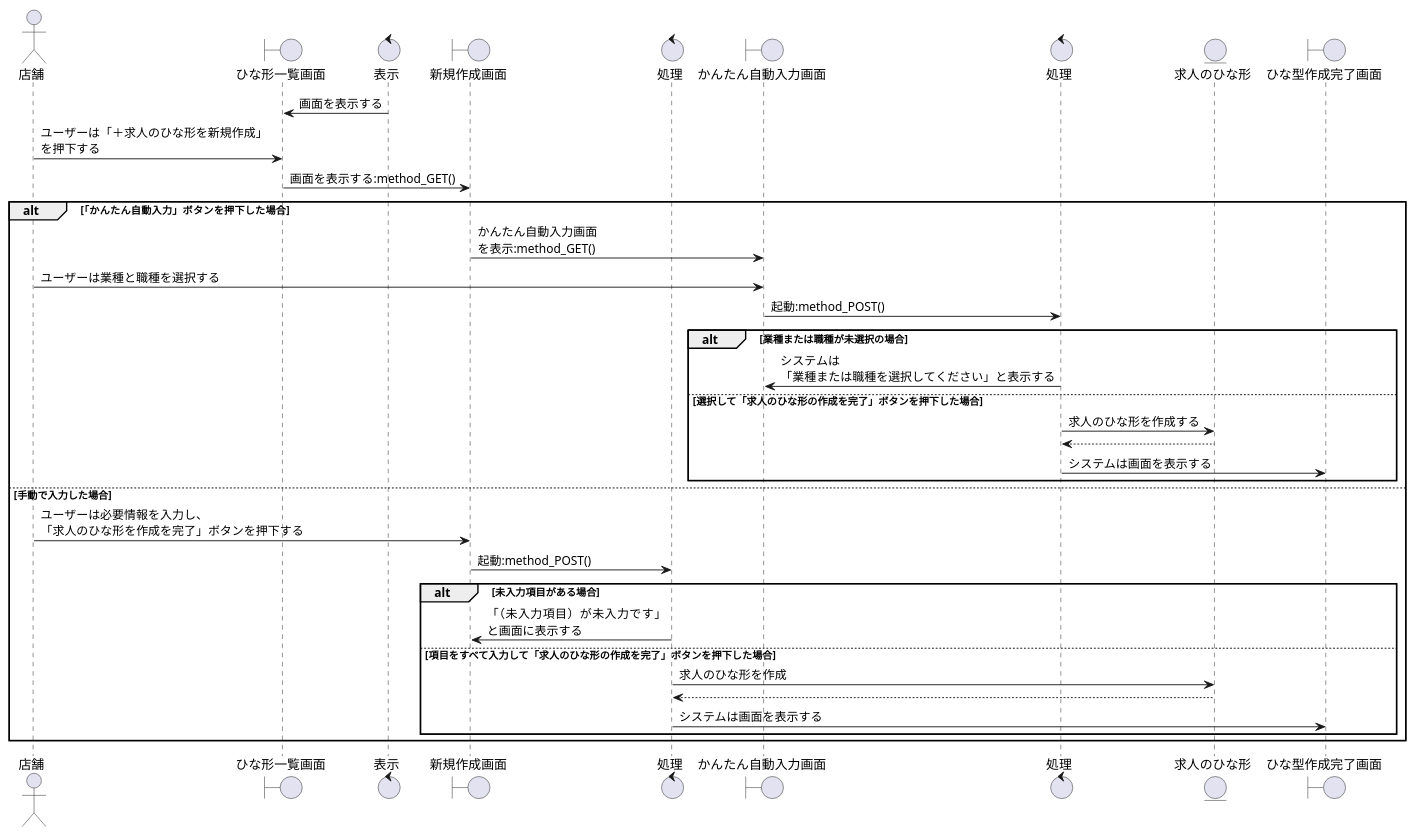
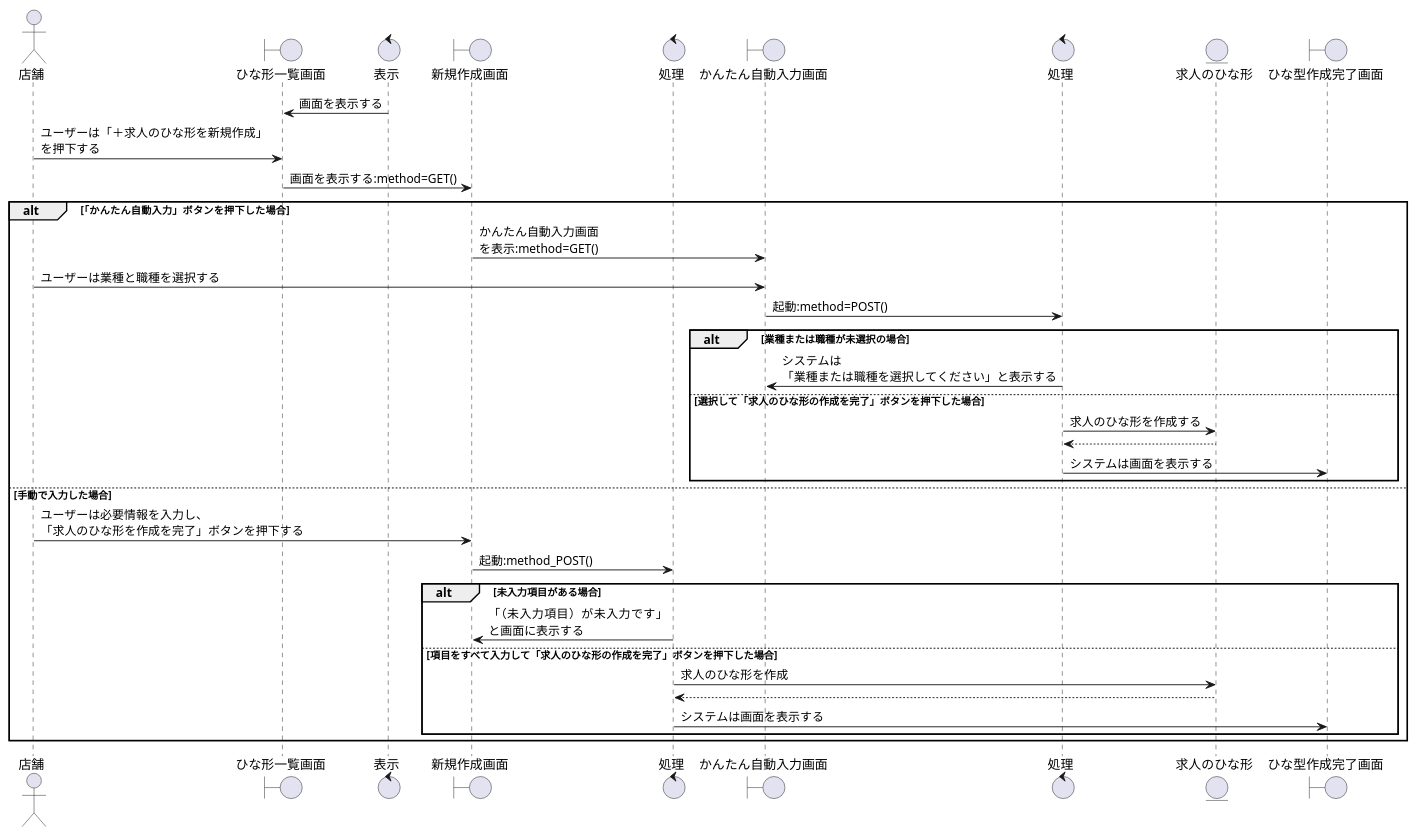
Before and after one commit to irukacb256/high_Me: the diagram in sequence_fig/8_storeside_fn/02_求人のひな形を作成する.pu, drawn with PlantUML. The commit also changed 13 other files, not shown here.

```diff
--- a/sequence_fig/8_storeside_fn/02_求人のひな形を作成する.pu
+++ b/sequence_fig/8_storeside_fn/02_求人のひな形を作成する.pu
@@ -1,51 +1,51 @@
 @startuml 求人のひな形を作成する
 
 actor 店舗 as cp1
 boundary ひな形一覧画面 as b1
 control 表示 as co1
 boundary 新規作成画面 as b2
 control 処理 as co2
 boundary かんたん自動入力画面 as b3
 control 処理 as co3
 
 entity 求人のひな形 as en1
 boundary ひな型作成完了画面 as b4
 
 b1 <- co1 : 画面を表示する
 cp1 -> b1 :ユーザーは「＋求人のひな形を新規作成」\nを押下する
-b1 -> b2 : 画面を表示する:method_GET()
+b1 -> b2 : 画面を表示する:method=GET()
 
 alt 「かんたん自動入力」ボタンを押下した場合
-    b2 -> b3 : かんたん自動入力画面\nを表示:method_GET()
+    b2 -> b3 : かんたん自動入力画面\nを表示:method=GET()
     cp1 -> b3 : ユーザーは業種と職種を選択する
-    b3 -> co3 : 起動:method_POST()
+    b3 -> co3 : 起動:method=POST()
 
     alt 業種または職種が未選択の場合
         co3 -> b3 : システムは\n「業種または職種を選択してください」と表示する
 
     else 選択して「求人のひな形の作成を完了」ボタンを押下した場合
         co3 -> en1 : 求人のひな形を作成する
         co3 <-- en1
         co3 -> b4 : システムは画面を表示する
 
     end
 
 else 手動で入力した場合
     cp1 -> b2 : ユーザーは必要情報を入力し、\n「求人のひな形を作成を完了」ボタンを押下する
     b2 -> co2 : 起動:method_POST()
 
     alt 未入力項目がある場合
     co2 -> b2 : 「（未入力項目）が未入力です」\nと画面に表示する
 
 
 
     else 項目をすべて入力して「求人のひな形の作成を完了」ボタンを押下した場合
         co2 -> en1 : 求人のひな形を作成
         co2 <-- en1
         co2 -> b4 : システムは画面を表示する
 
     end
 end
 
 
 @enduml
```
